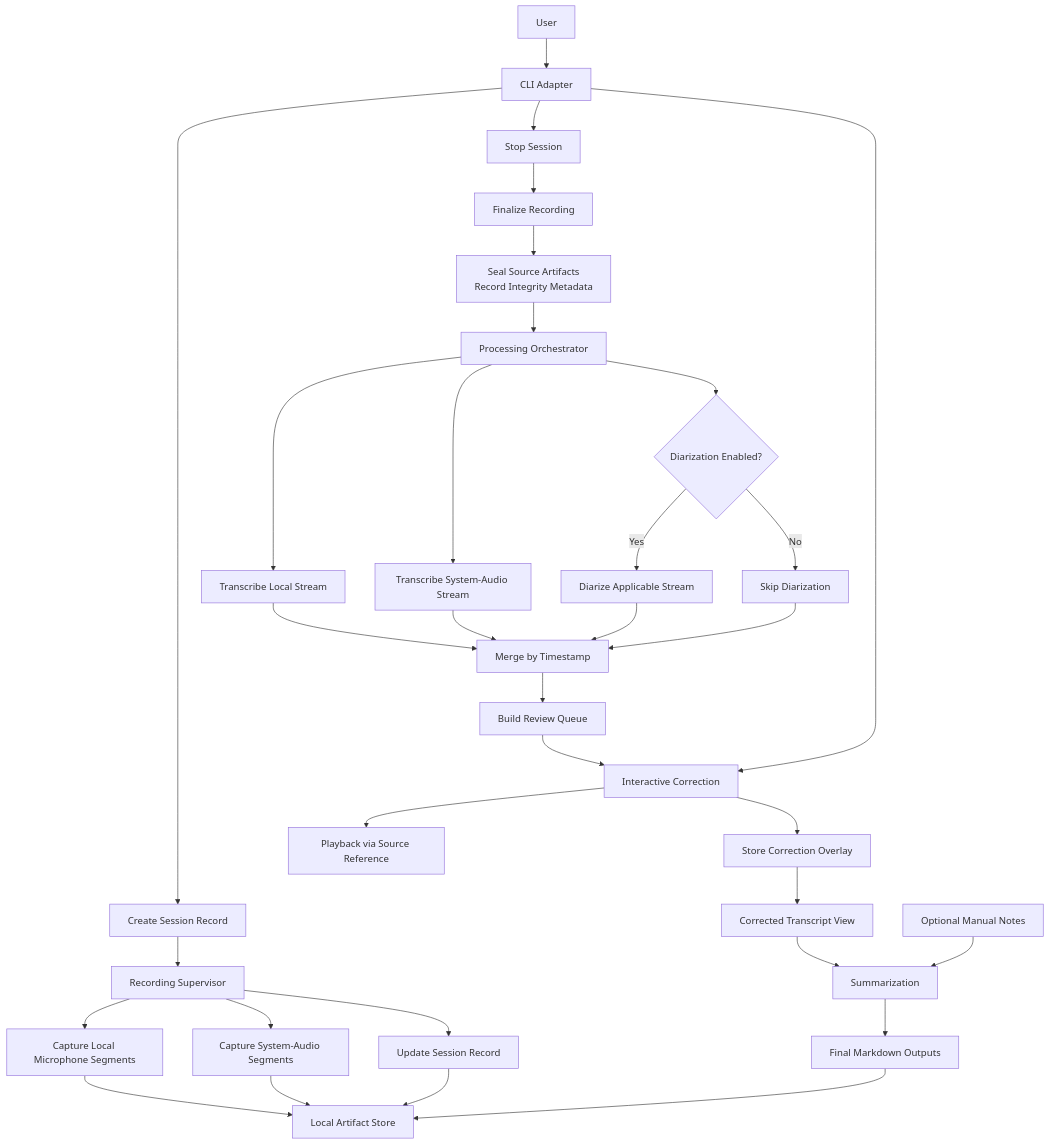
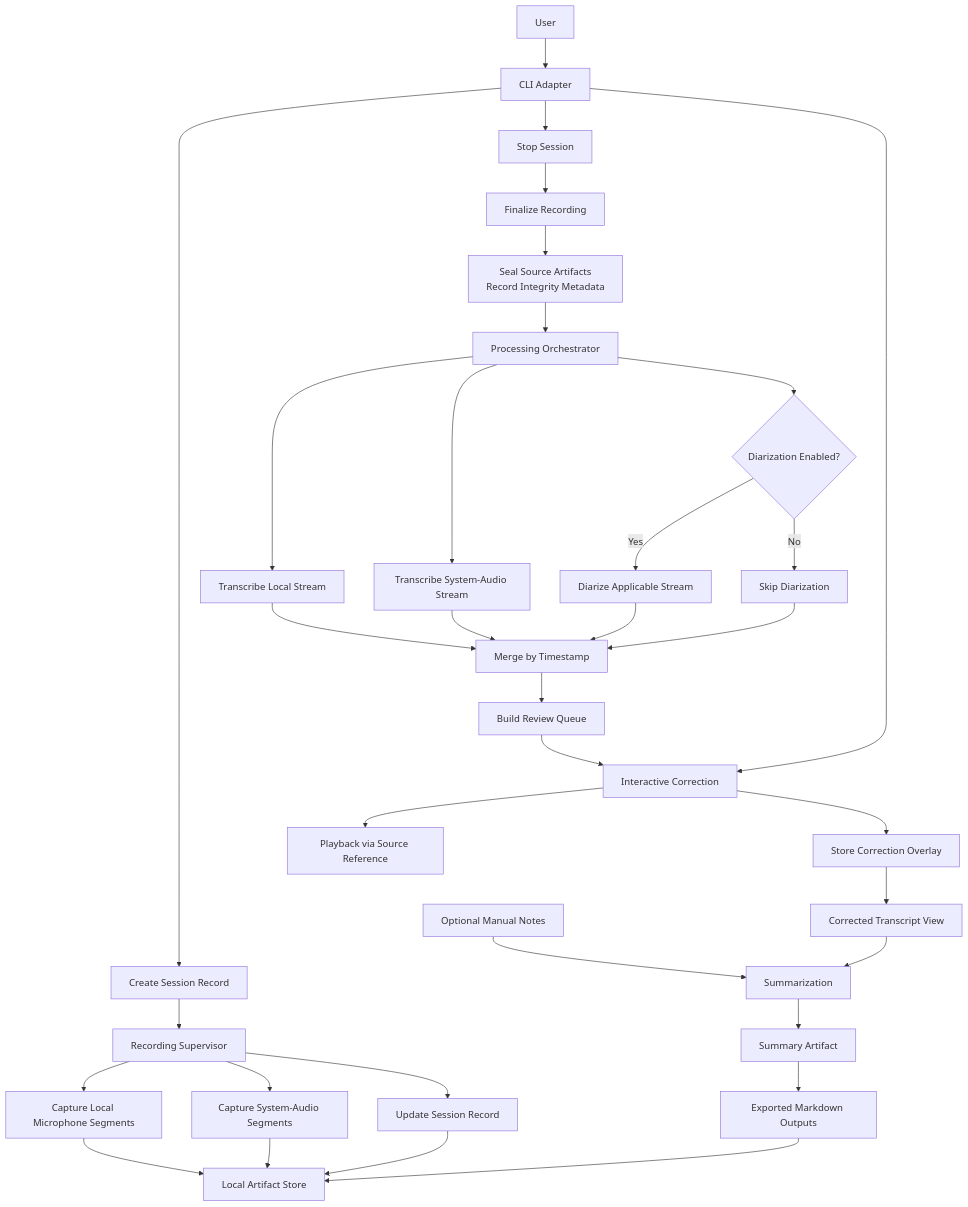
The third of 3 diagrams in docs/architecture/architecture-overview.md (dothackerman/mena), drawn with Mermaid before and after one commit. The commit also changed other lines of this file and 3 other files, not shown here.

````diff
--- a/docs/architecture/architecture-overview.md
+++ b/docs/architecture/architecture-overview.md
@@ -522,41 +541,42 @@
 ```mermaid
 flowchart TD
     U[User] --> CLI[CLI Adapter]
 
     CLI --> S0[Create Session Record]
     S0 --> REC[Recording Supervisor]
 
     REC --> LCAP[Capture Local Microphone Segments]
     REC --> RCAP[Capture System-Audio Segments]
     LCAP --> STORE[Local Artifact Store]
     RCAP --> STORE
     REC --> META[Update Session Record]
     META --> STORE
 
     CLI --> STOP[Stop Session]
     STOP --> FINALREC[Finalize Recording]
     FINALREC --> SEAL[Seal Source Artifacts\nRecord Integrity Metadata]
     SEAL --> ORCH[Processing Orchestrator]
 
     ORCH --> TL[Transcribe Local Stream]
     ORCH --> TR[Transcribe System-Audio Stream]
     ORCH --> DQ{Diarization Enabled?}
     DQ -->|Yes| DR[Diarize Applicable Stream]
     DQ -->|No| SKIPD[Skip Diarization]
     TL --> MERGE[Merge by Timestamp]
     TR --> MERGE
     DR --> MERGE
     SKIPD --> MERGE
 
     MERGE --> FLAG[Build Review Queue]
     FLAG --> CORR[Interactive Correction]
     CLI --> CORR
     CORR --> PLAY[Playback via Source Reference]
     CORR --> OVERLAY[Store Correction Overlay]
     OVERLAY --> CVIEW[Corrected Transcript View]
 
     NOTES[Optional Manual Notes] --> SUM[Summarization]
     CVIEW --> SUM
-    SUM --> OUT[Final Markdown Outputs]
+    SUM --> SUMMARY[Summary Artifact]
+    SUMMARY --> OUT[Exported Markdown Outputs]
     OUT --> STORE
 ```
````
